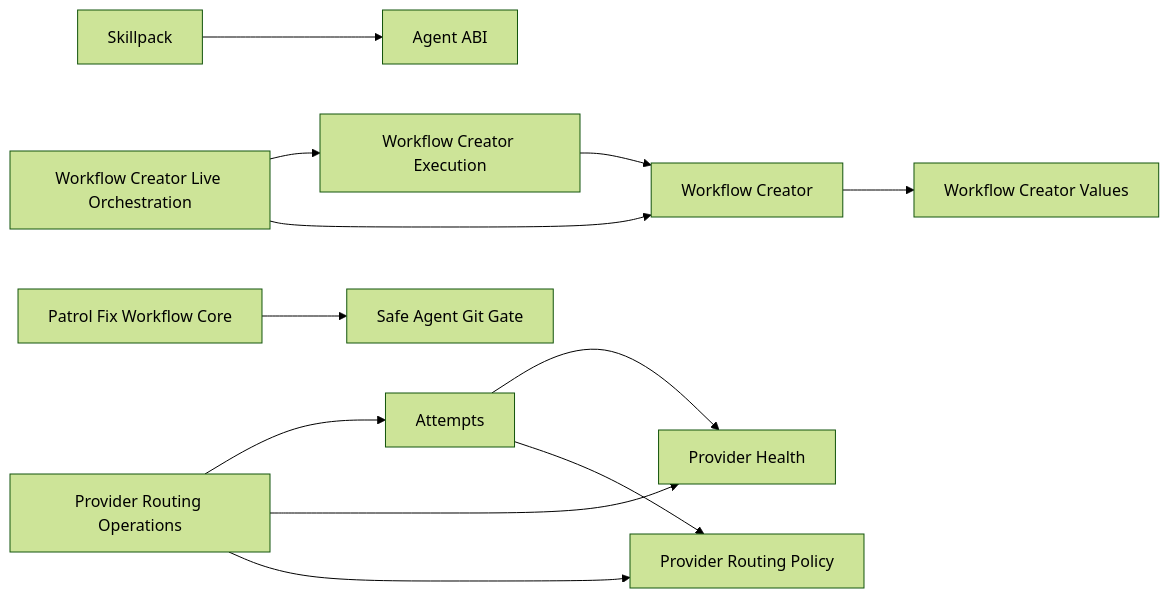
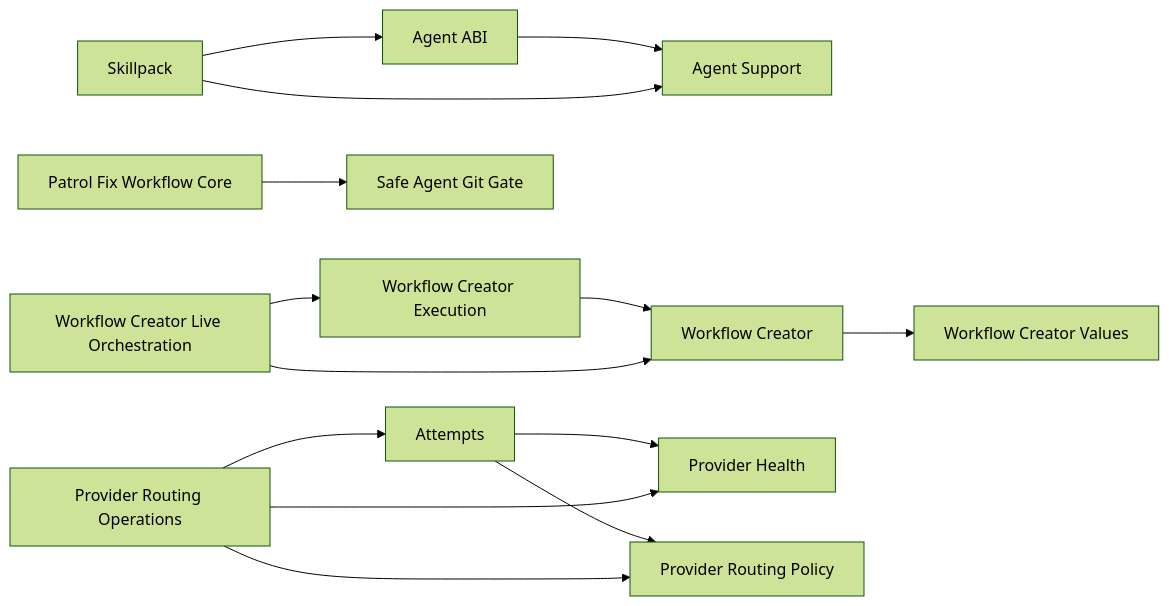
One commit to ivankuznetsov/hive changed the diagram in wiki/component-boundaries.md. Above: the diagram before and after it, drawn with Mermaid (forest theme). The commit also changed other lines of this file and 136 other files, not shown here.

````diff
--- a/wiki/component-boundaries.md
+++ b/wiki/component-boundaries.md
@@ -47,14 +48,16 @@
 ```mermaid
 flowchart LR
+  agent_abi[Agent ABI] --> agent_support[Agent Support]
   skillpack[Skillpack] --> agent_abi[Agent ABI]
+  skillpack[Skillpack] --> agent_support[Agent Support]
   workflow_execution[Workflow Creator Execution] --> workflow_core[Workflow Creator]
   workflow_live[Workflow Creator Live Orchestration] --> workflow_execution
   workflow_live --> workflow_core
   workflow_core --> workflow_values[Workflow Creator Values]
   patrol_fix[Patrol Fix Workflow Core] --> git_gate[Safe Agent Git Gate]
   attempts[Attempts] --> provider_health[Provider Health]
   attempts --> provider_routing[Provider Routing Policy]
   routing_operations[Provider Routing Operations] --> attempts
   routing_operations --> provider_health
   routing_operations --> provider_routing
 ```
````
